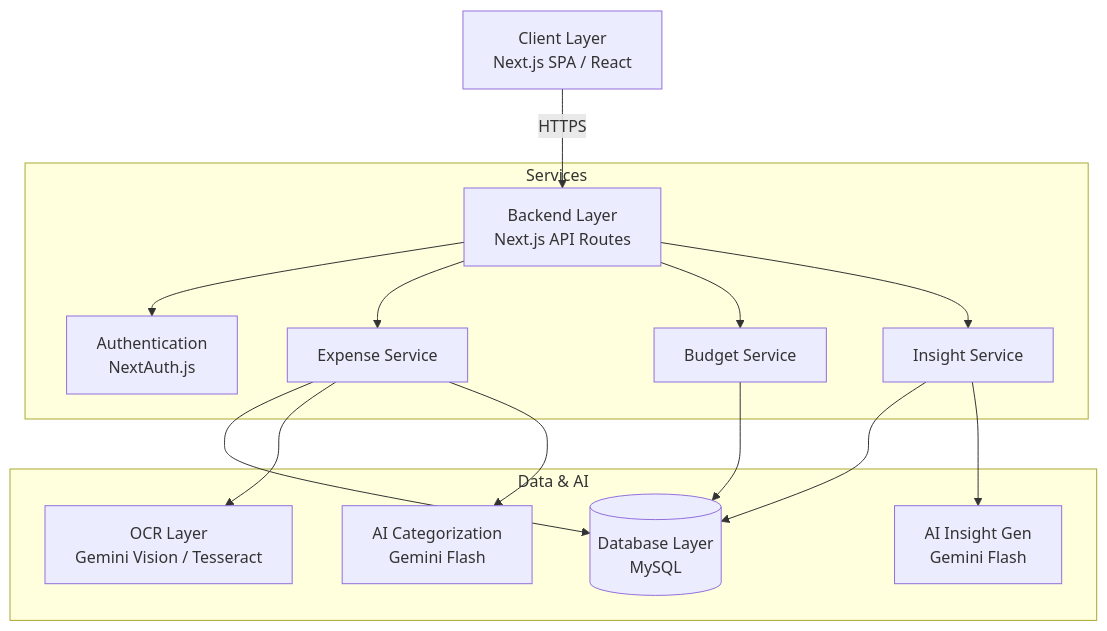
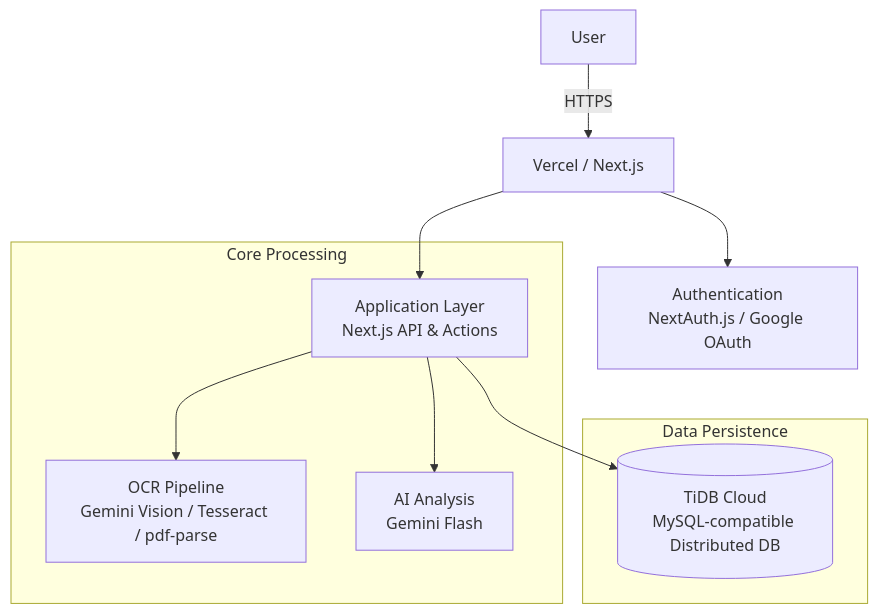
One commit to Karthik00769/SmartSpend changed the diagram in README.md. Above: the diagram before and after it, drawn with Mermaid. The commit also changed other lines of this file, not shown here.

````diff
--- a/README.md
+++ b/README.md
@@ -27,20 +32,15 @@
 ```mermaid
 graph TD
-    Client[Client Layer\nNext.js SPA / React] -->|HTTPS| API[Backend Layer\nNext.js API Routes]
+    User[User] -->|HTTPS| Vercel[Vercel / Next.js]
+    Vercel --> Auth[Authentication\nNextAuth.js / Google OAuth]
+    Vercel --> AppLayer[Application Layer\nNext.js API & Actions]
     
-    subgraph Services
-        API --> Auth[Authentication\nNextAuth.js]
-        API --> ExpenseSvc[Expense Service]
-        API --> BudgetSvc[Budget Service]
-        API --> InsightSvc[Insight Service]
+    subgraph Core Processing
+        AppLayer --> OCR[OCR Pipeline\nGemini Vision / Tesseract / pdf-parse]
+        AppLayer --> AI[AI Analysis\nGemini Flash]
     end
     
-    subgraph Data & AI
-        ExpenseSvc --> DB[(Database Layer\nMySQL)]
-        BudgetSvc --> DB
-        InsightSvc --> DB
-        ExpenseSvc --> OCREngine[OCR Layer\nGemini Vision / Tesseract]
-        ExpenseSvc --> AICat[AI Categorization\nGemini Flash]
-        InsightSvc --> AIGen[AI Insight Gen\nGemini Flash]
+    subgraph Data Persistence
+        AppLayer --> TiDB[(TiDB Cloud\nMySQL-compatible Distributed DB)]
     end
 ```
````
